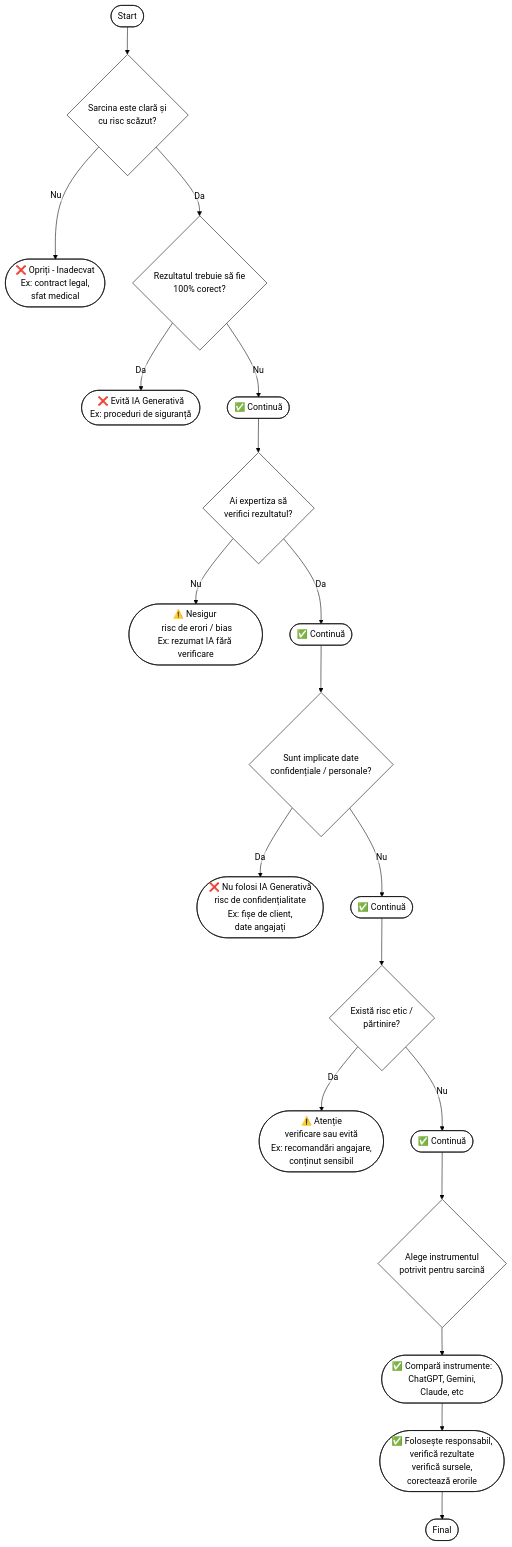
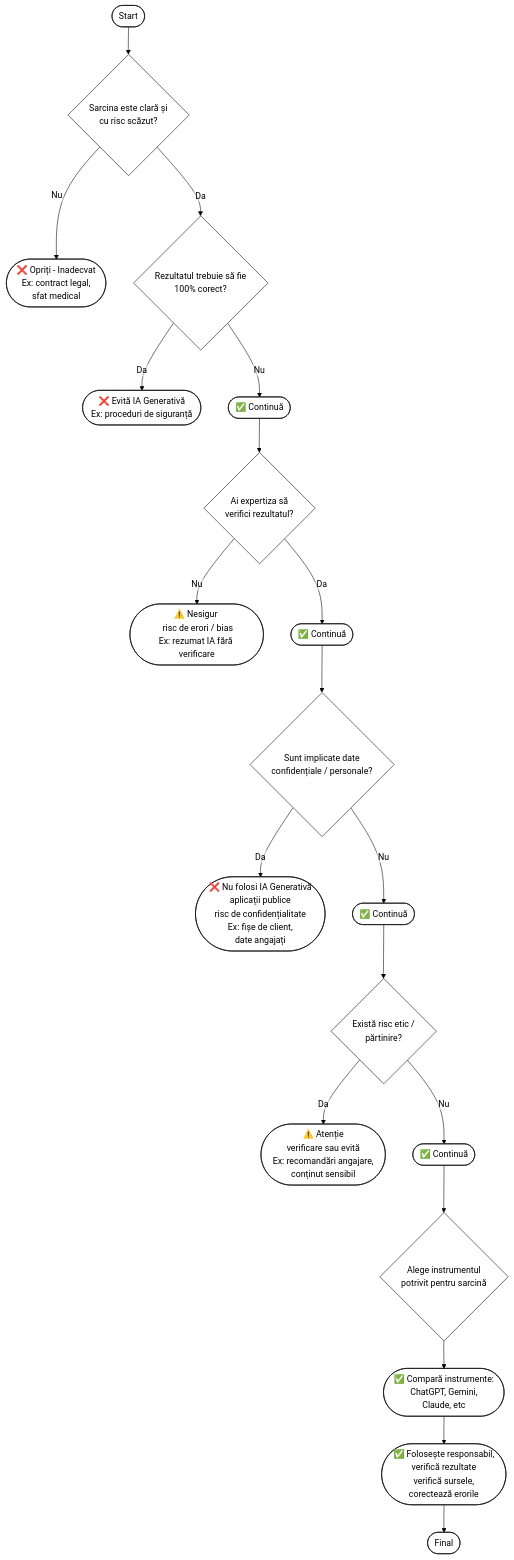
One commit to CozminaSecula/01-fundamente-si-riscuri changed the diagram in content/resurse/arbore_decizie_ia.qmd. Above: the diagram before and after it, drawn with Mermaid. The commit also changed other lines of this file and 10 other files, not shown here.

````diff
--- a/content/resurse/arbore_decizie_ia.qmd
+++ b/content/resurse/arbore_decizie_ia.qmd
@@ -19,40 +19,40 @@
 ```{mermaid}
 
 %%{init: {'theme':'base','flowchart':{'htmlLabels':false},'themeVariables':{'primaryColor':'#ffffff','primaryTextColor':'#000000','nodeTextColor':'#000000','textColor':'#000000','primaryBorderColor':'#000000','lineColor':'#000000'}}}%%
 
 flowchart TD
 %% Start
 A([Start]) --> B{Sarcina este clară și <br>cu risc scăzut?}
 B -->|Nu| Z([❌ Opriți - Inadecvat<br>Ex: contract legal,<br> sfat medical])
 B -->|Da| C{Rezultatul trebuie să fie <br>100% corect?}
 
 %% Accuracy check
 C -->|Da| D([❌ Evită IA Generativă <br> Ex: proceduri de siguranță])
 C -->|Nu| E([✅ Continuă])
 
 %% Verification expertise
 E --> F{Ai expertiza să<br> verifici rezultatul?}
 F -->|Nu| G([⚠️ Nesigur <br> risc de erori / bias<br>Ex: rezumat IA fără verificare])
 F -->|Da| H([✅ Continuă])
 
 %% Confidential data
 H --> I{Sunt implicate date <br>confidențiale / personale?}
-I -->|Da| J([❌ Nu folosi IA Generativă<br> risc de confidențialitate<br>Ex: fișe de client,<br> date angajați])
+I -->|Da| J([❌ Nu folosi IA Generativă<br>aplicații publice<br> risc de confidențialitate<br>Ex: fișe de client,<br> date angajați])
 I -->|Nu| K([✅ Continuă])
 
 %% Ethical / bias check
 K --> L{Există risc etic /<br> părtinire?}
 L -->|Da| M([⚠️ Atenție <br> verificare sau evită<br>Ex: recomandări angajare, <br>conținut sensibil])
 L -->|Nu| N([✅ Continuă])
 
 %% Tool selection
 N --> O{Alege instrumentul <br>potrivit pentru sarcină}
 O --> P([✅ Compară instrumente: <br>ChatGPT, Gemini, <br>Claude, etc])
 
 %% Responsible use
 P --> Q([✅ Folosește responsabil,<br> verifică rezultate<br>verifică sursele,<br> corectează erorile])
 Q --> R([Final])
 
 classDef default fill:#ffffff,stroke:#000000,color:#000000;
 
 ```
````
